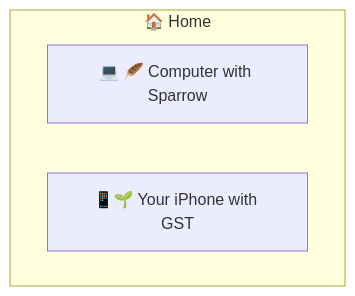
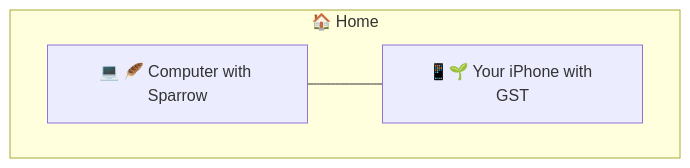
One commit to BlockchainCommons/SmartCustody changed the third of 55 diagrams in Docs/Scenario-Multisig.md. Above: the diagram before and after it, drawn with Mermaid.

````diff
--- a/Docs/Scenario-Multisig.md
+++ b/Docs/Scenario-Multisig.md
@@ -163,9 +163,10 @@
 ```mermaid
     graph TD
     subgraph home["🏠 Home"]
     
       A1["💻 🪶 Computer with Sparrow"]
       A2["📱🌱 Your iPhone with GST"]
 
+      A1---A2
     end
 ```
````
